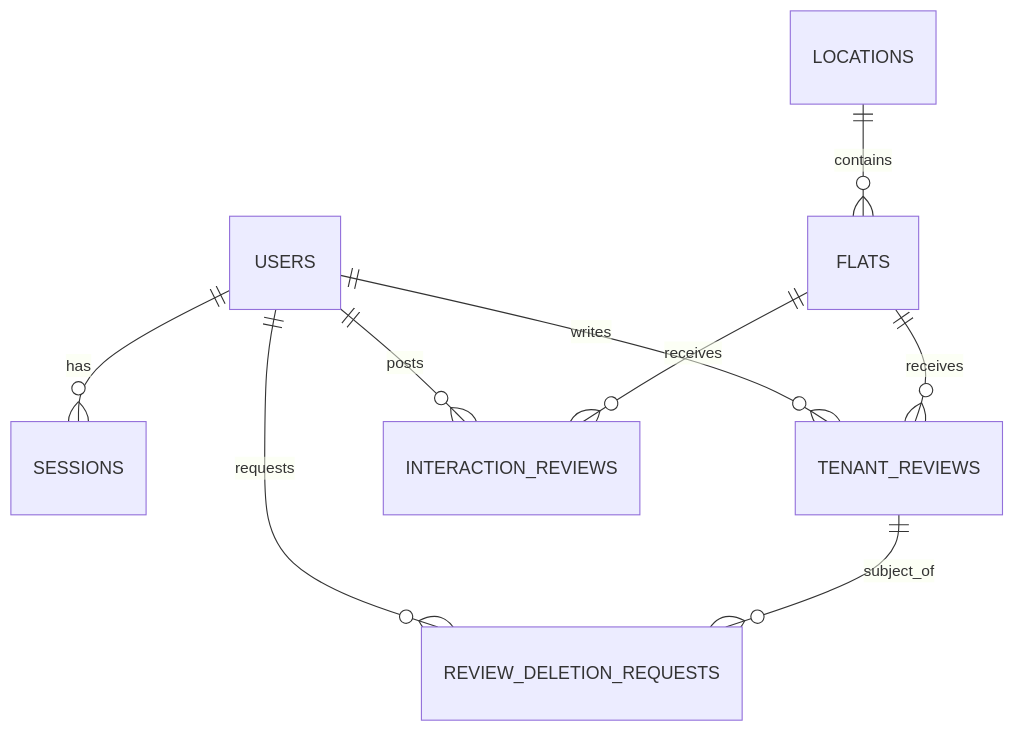
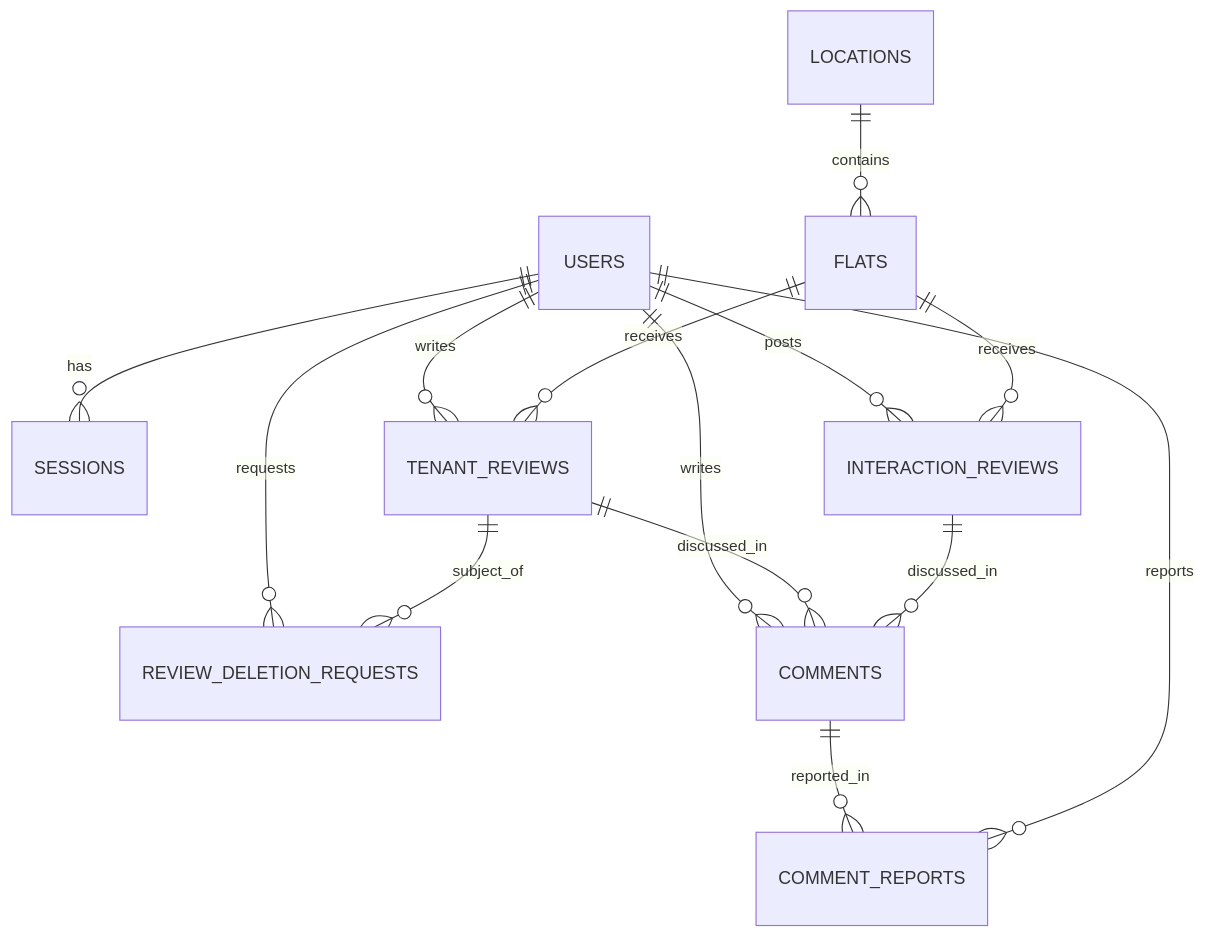
One commit to parthpahariya/rental-review changed the diagram in DATABASE_MODEL.md. Above: the diagram before and after it, drawn with Mermaid. The commit also changed other lines of this file and 35 other files, not shown here.

````diff
--- a/DATABASE_MODEL.md
+++ b/DATABASE_MODEL.md
@@ -16,11 +16,16 @@
 ```mermaid
 erDiagram
     USERS ||--o{ SESSIONS : has
     USERS ||--o{ TENANT_REVIEWS : writes
     USERS ||--o{ INTERACTION_REVIEWS : posts
     USERS ||--o{ REVIEW_DELETION_REQUESTS : requests
     LOCATIONS ||--o{ FLATS : contains
     FLATS ||--o{ TENANT_REVIEWS : receives
     FLATS ||--o{ INTERACTION_REVIEWS : receives
     TENANT_REVIEWS ||--o{ REVIEW_DELETION_REQUESTS : subject_of
+    USERS ||--o{ COMMENTS : writes
+    TENANT_REVIEWS ||--o{ COMMENTS : discussed_in
+    INTERACTION_REVIEWS ||--o{ COMMENTS : discussed_in
+    COMMENTS ||--o{ COMMENT_REPORTS : reported_in
+    USERS ||--o{ COMMENT_REPORTS : reports
 ```
````
